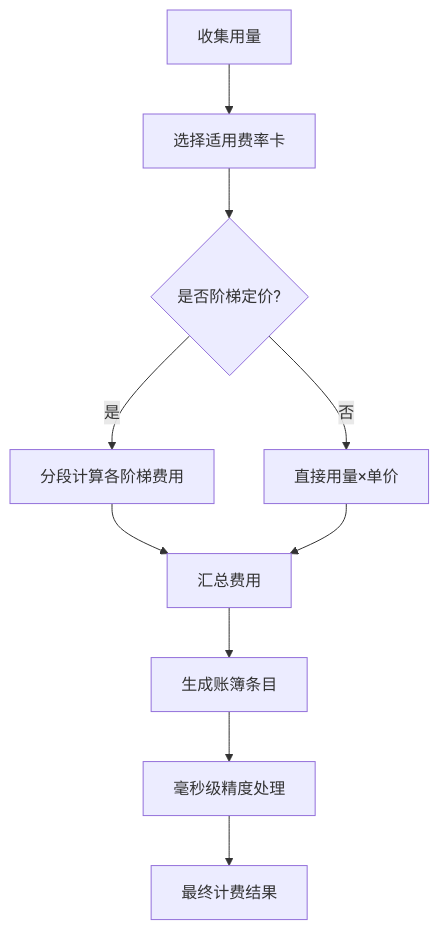
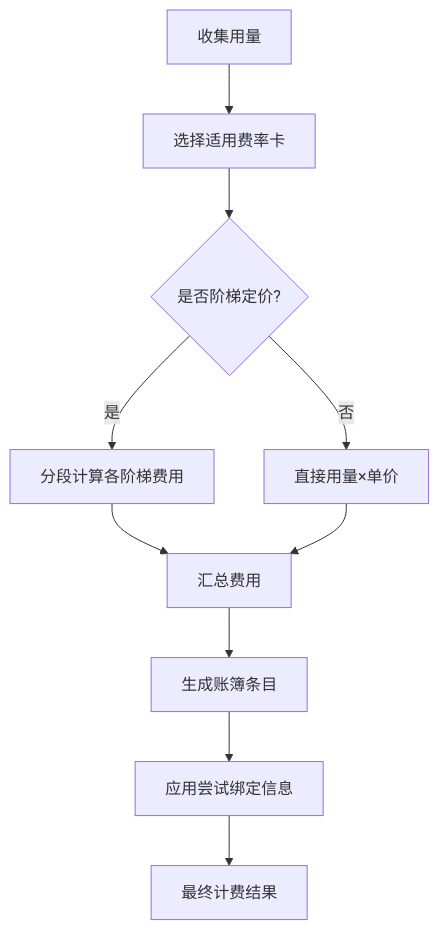
Before and after one commit to scottcwy/PurpleInk: the ninth of 15 diagrams in .qoder/repowiki/zh/content/项目概述/计费配置/计费和会计账簿系统.md, drawn with Mermaid. The commit also changed other lines of this file and 29 other files, not shown here.

````diff
--- a/.qoder/repowiki/zh/content/项目概述/计费配置/计费和会计账簿系统.md
+++ b/.qoder/repowiki/zh/content/项目概述/计费配置/计费和会计账簿系统.md
@@ -491,12 +501,12 @@
 ```mermaid
 flowchart TD
 A["收集用量"] --> B["选择适用费率卡"]
 B --> C{"是否阶梯定价?"}
 C --> |是| D["分段计算各阶梯费用"]
 C --> |否| E["直接用量×单价"]
 D --> F["汇总费用"]
 E --> F
 F --> G["生成账簿条目"]
-G --> H["毫秒级精度处理"]
+G --> H["应用尝试绑定信息"]
 H --> I["最终计费结果"]
 ```
````
